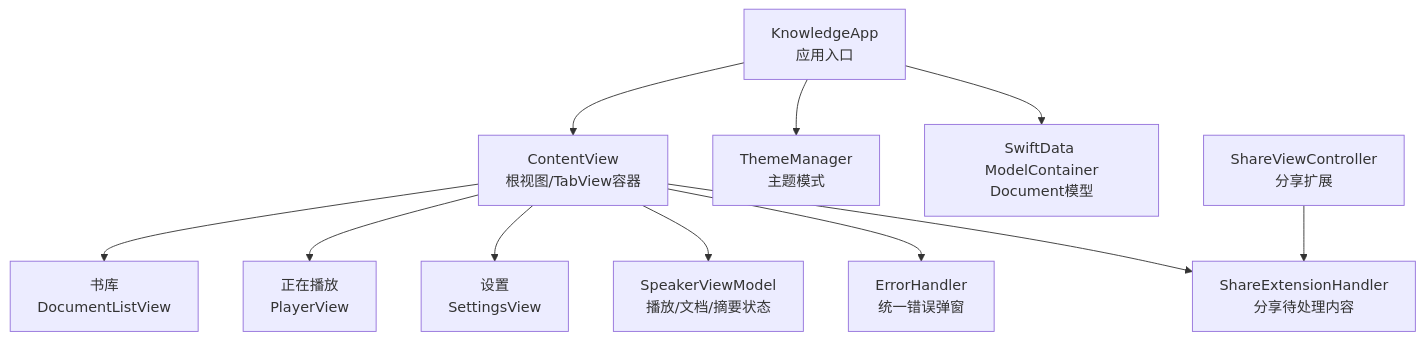
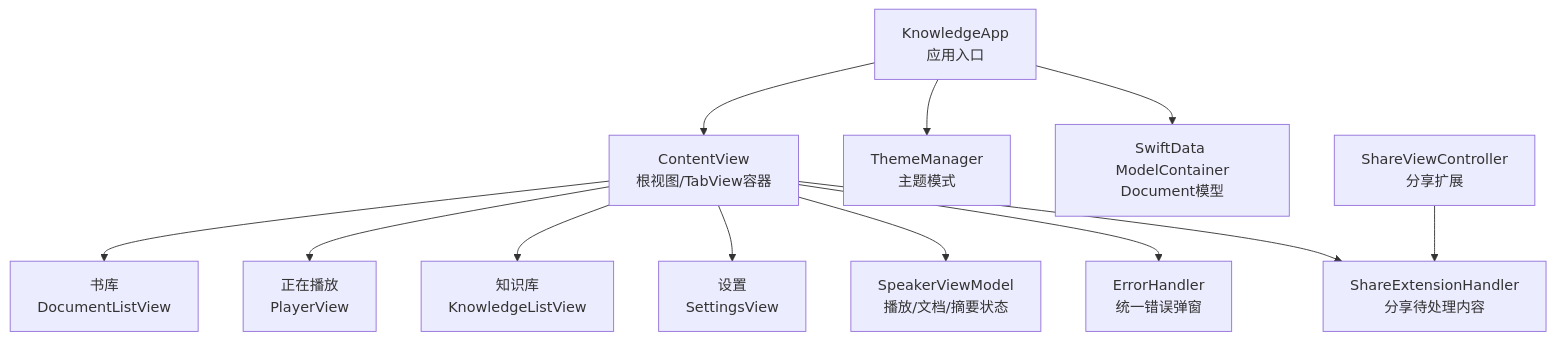
The first of 7 diagrams in .qoder/repowiki/zh/content/用户界面设计/主导航架构.md (Primoguo/Knowledge), drawn with Mermaid before and after one commit. The commit also changed other lines of this file and 24 other files, not shown here.

````diff
--- a/.qoder/repowiki/zh/content/用户界面设计/主导航架构.md
+++ b/.qoder/repowiki/zh/content/用户界面设计/主导航架构.md
@@ -39,13 +52,14 @@
 ```mermaid
 graph TB
 App["KnowledgeApp<br/>应用入口"] --> Root["ContentView<br/>根视图/TabView容器"]
 Root --> Tab1["书库<br/>DocumentListView"]
 Root --> Tab2["正在播放<br/>PlayerView"]
-Root --> Tab3["设置<br/>SettingsView"]
+Root --> Tab3["知识库<br/>KnowledgeListView"]
+Root --> Tab4["设置<br/>SettingsView"]
 Root --> VM["SpeakerViewModel<br/>播放/文档/摘要状态"]
 Root --> Err["ErrorHandler<br/>统一错误弹窗"]
 Root --> Share["ShareExtensionHandler<br/>分享待处理内容"]
 App --> ThemeMgr["ThemeManager<br/>主题模式"]
 App --> ModelCtx["SwiftData ModelContainer<br/>Document模型"]
 ShareExt["ShareViewController<br/>分享扩展"] --> Share
 ```
````
